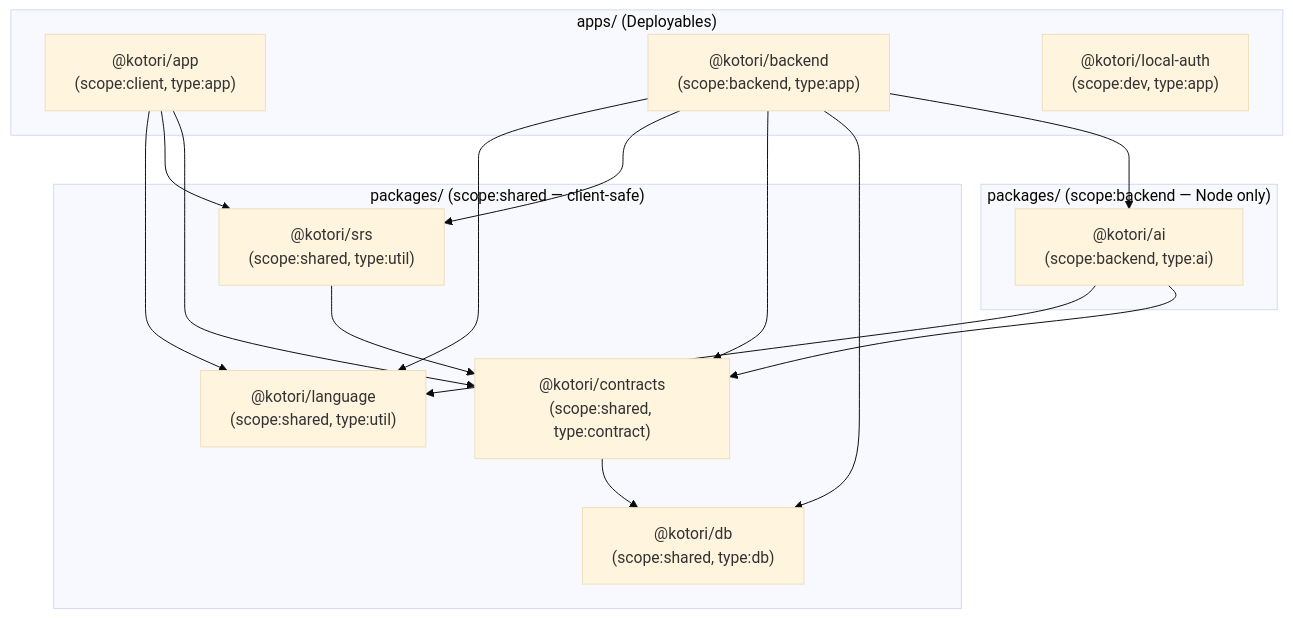
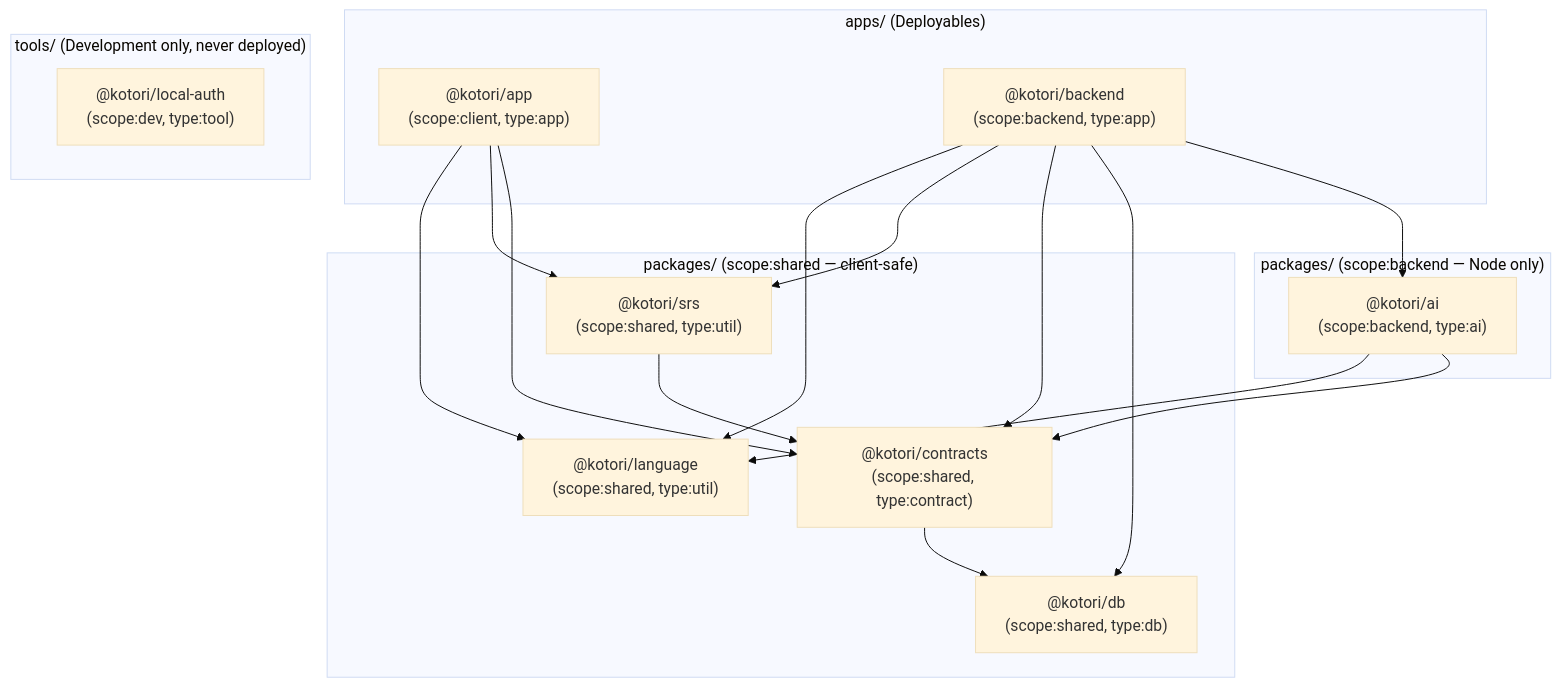
One commit to 0Calories/kotori changed the diagram in docs/monorepo-rearchitecture.md. Above: the diagram before and after it, drawn with Mermaid (base theme). The commit also changed other lines of this file and 12 other files, not shown here.

First line of the commit message:
Move the auth stand-in from apps/ to tools/

````diff
--- a/docs/monorepo-rearchitecture.md
+++ b/docs/monorepo-rearchitecture.md
@@ -148,35 +151,38 @@
 ```mermaid
 flowchart TD
   subgraph Apps ["apps/ (Deployables)"]
     App["@kotori/app<br/>(scope:client, type:app)"]
     Backend["@kotori/backend<br/>(scope:backend, type:app)"]
-    LocalAuth["@kotori/local-auth<br/>(scope:dev, type:app)"]
+  end
+
+  subgraph Tools ["tools/ (Development only, never deployed)"]
+    LocalAuth["@kotori/local-auth<br/>(scope:dev, type:tool)"]
   end
 
   subgraph BackendLibs ["packages/ (scope:backend — Node only)"]
     AI["@kotori/ai<br/>(scope:backend, type:ai)"]
   end
 
   subgraph SharedLibs ["packages/ (scope:shared — client-safe)"]
     Contracts["@kotori/contracts<br/>(scope:shared, type:contract)"]
     DB["@kotori/db<br/>(scope:shared, type:db)"]
     SRS["@kotori/srs<br/>(scope:shared, type:util)"]
     Language["@kotori/language<br/>(scope:shared, type:util)"]
   end
 
   App --> Contracts
   App --> SRS
   App --> Language
 
   Backend --> AI
   Backend --> DB
   Backend --> Contracts
   Backend --> SRS
   Backend --> Language
 
   AI --> Contracts
   AI --> Language
 
   Contracts --> DB
   SRS --> Contracts
 ```
````
